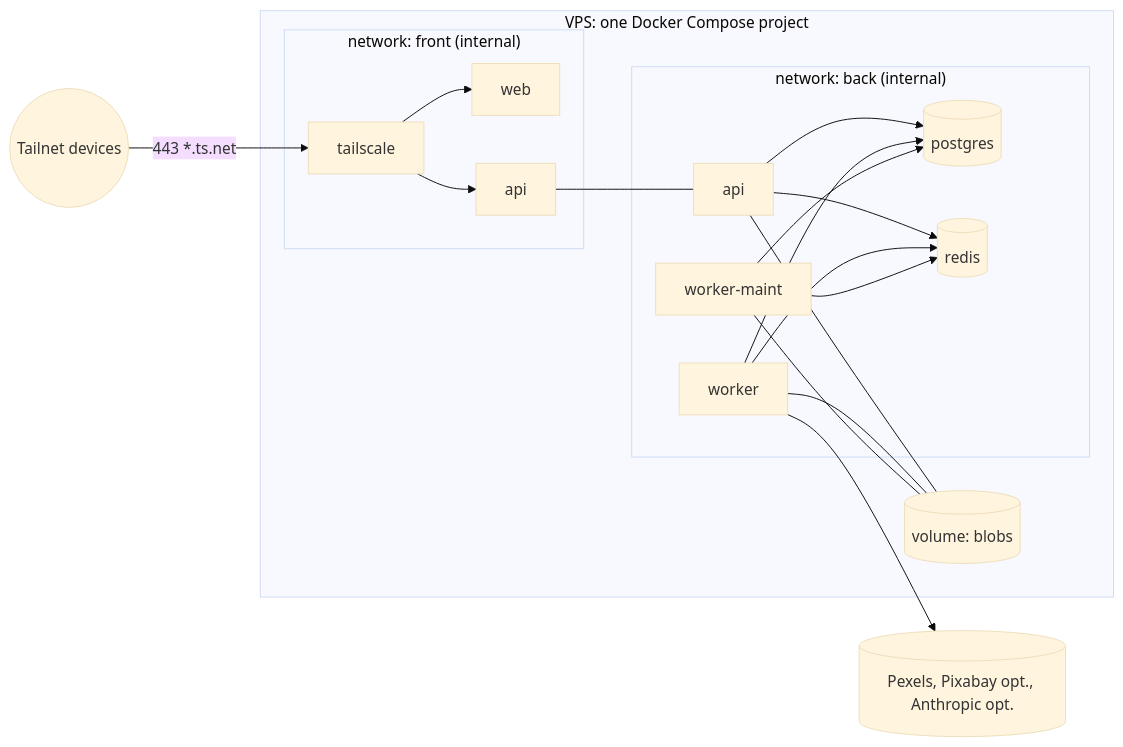
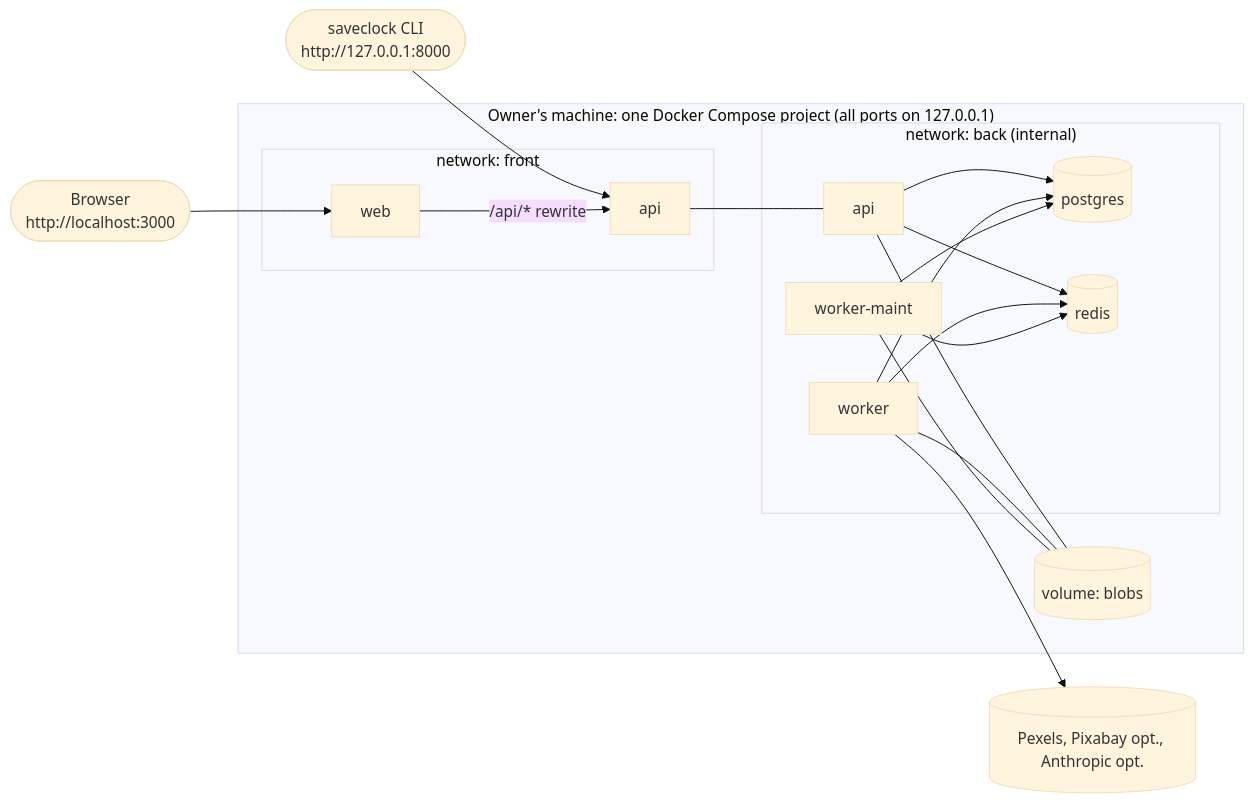
Before and after one commit to Richard-Abraham/saveclock-studio: the sixth of 6 diagrams in docs/ARCHITECTURE.md, drawn with Mermaid (base theme). The commit also changed other lines of this file and 13 other files, not shown here.

````diff
--- a/docs/ARCHITECTURE.md
+++ b/docs/ARCHITECTURE.md
@@ -775,24 +794,24 @@
 ```mermaid
 flowchart LR
-  tn((Tailnet devices)) -->|443 *.ts.net| ts
-  subgraph vps["VPS: one Docker Compose project"]
-    subgraph front["network: front (internal)"]
-      ts[tailscale]
+  br([Browser<br/>http://localhost:3000]) --> web
+  cli([saveclock CLI<br/>http://127.0.0.1:8000]) --> api
+  subgraph host["Owner's machine: one Docker Compose project (all ports on 127.0.0.1)"]
+    subgraph front["network: front"]
       web
       api
     end
     subgraph back["network: back (internal)"]
       api2[api]
       wk[worker]
       wm[worker-maint]
       pg[(postgres)]
       rd[(redis)]
     end
     vol[("volume: blobs")]
   end
-  ts --> web & api
+  web -->|"/api/* rewrite"| api
   api --- api2
   api2 & wk & wm --> pg & rd
   api2 & wk & wm --- vol
   wk --> ext[(Pexels, Pixabay opt., Anthropic opt.)]
 ```
````
